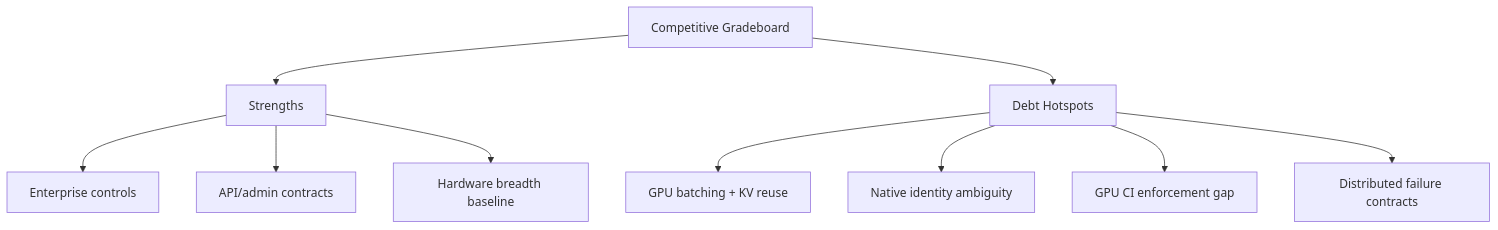
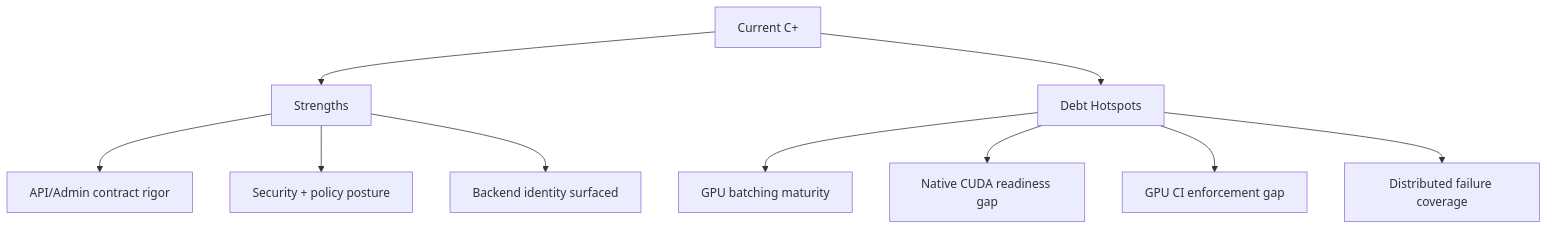
Before and after one commit to vjsingh1984/inferflux: the diagram in docs/TechDebt_and_Competitive_Roadmap.md, drawn with Mermaid. The commit also changed other lines of this file and 21 other files, not shown here.

First line of the commit message:
Update documentation for new features and architecture

````diff
--- a/docs/TechDebt_and_Competitive_Roadmap.md
+++ b/docs/TechDebt_and_Competitive_Roadmap.md
@@ -9,12 +7,14 @@
 ```mermaid
 flowchart TB
-    A[Competitive Gradeboard] --> B[Strengths]
+    A[Current C+] --> B[Strengths]
     A --> C[Debt Hotspots]
-    B --> B1[Enterprise controls]
-    B --> B2[API/admin contracts]
-    B --> B3[Hardware breadth baseline]
-    C --> C1[GPU batching + KV reuse]
-    C --> C2[Native identity ambiguity]
+
+    B --> B1[API/Admin contract rigor]
+    B --> B2[Security + policy posture]
+    B --> B3[Backend identity surfaced]
+
+    C --> C1[GPU batching maturity]
+    C --> C2[Native CUDA readiness gap]
     C --> C3[GPU CI enforcement gap]
-    C --> C4[Distributed failure contracts]
+    C --> C4[Distributed failure coverage]
 ```
````
